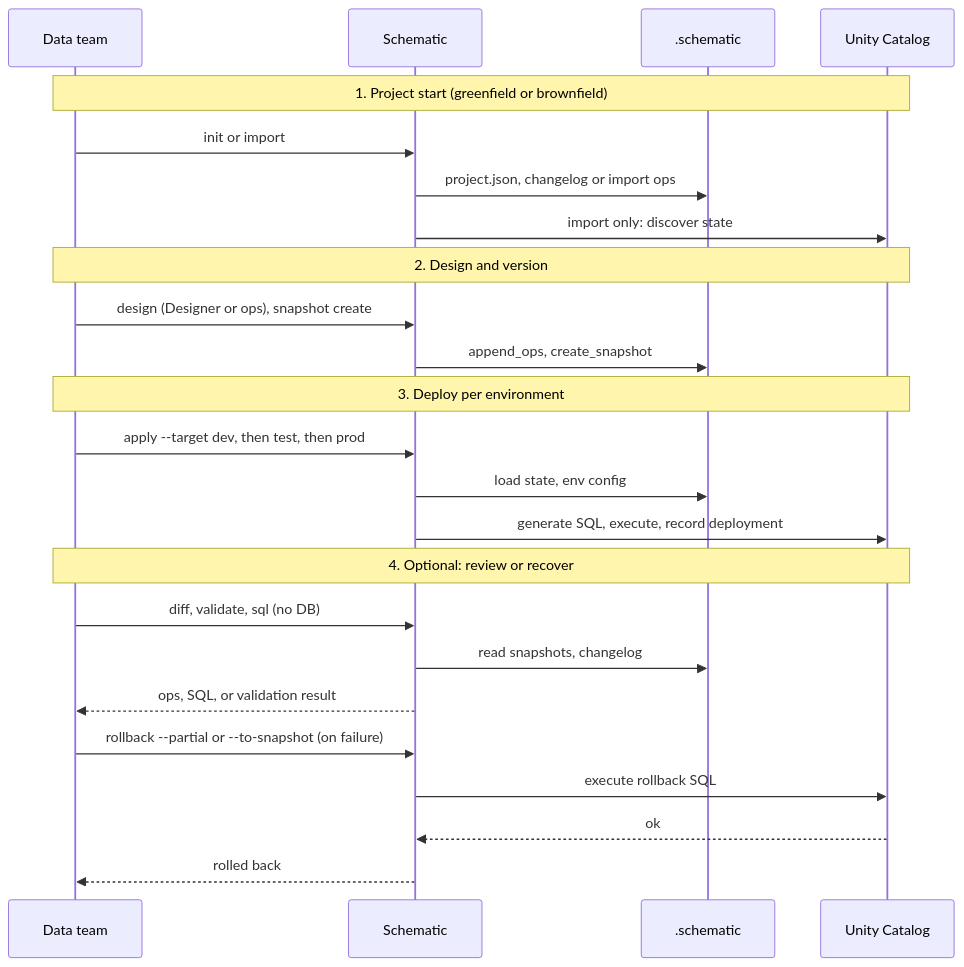
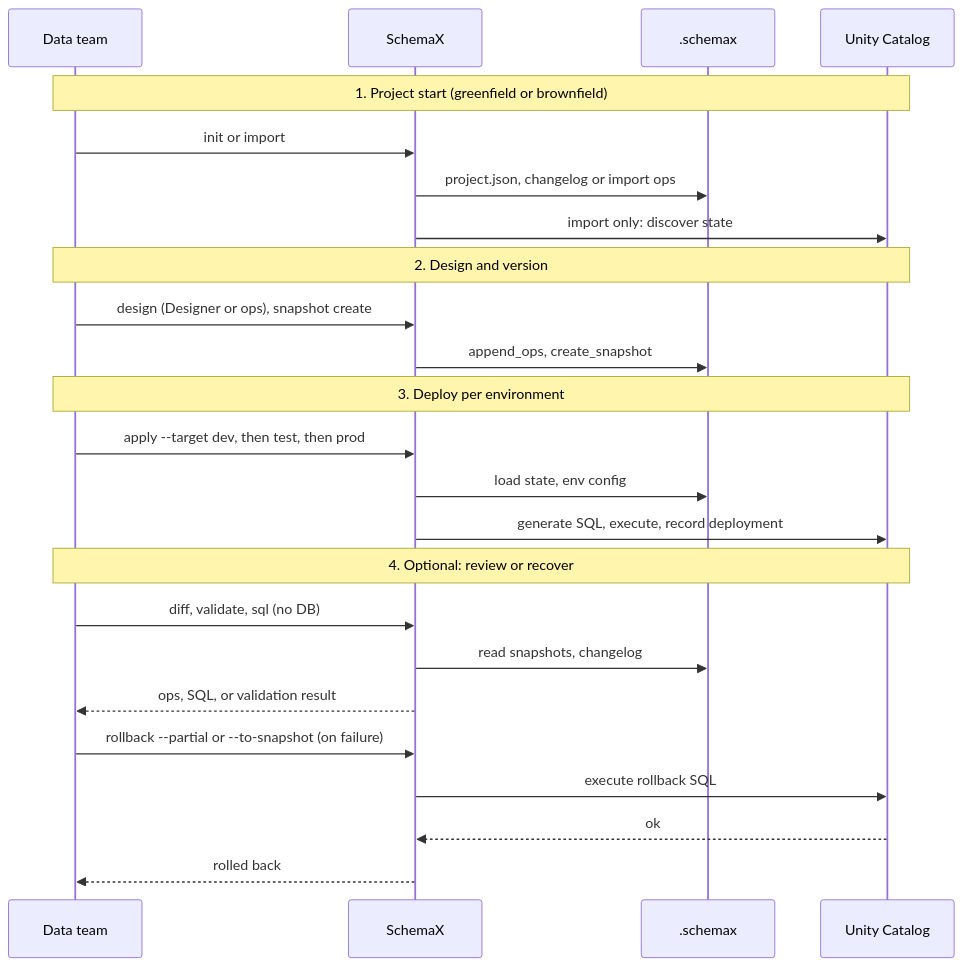
Before and after one commit to vb-dbrks/schemax: the sixth of 6 diagrams in docs/WORKFLOWS.md, drawn with Mermaid. The commit also changed other lines of this file and 289 other files, not shown here.

First line of the commit message:
Rename schemax (#100)

````diff
--- a/docs/WORKFLOWS.md
+++ b/docs/WORKFLOWS.md
@@ -337,30 +337,30 @@
 ```mermaid
 sequenceDiagram
   participant Team as Data team
-  participant Schematic as Schematic
-  participant Storage as .schematic
+  participant SchemaX as SchemaX
+  participant Storage as .schemax
   participant Catalog as Unity Catalog
 
   Note over Team,Catalog: 1. Project start (greenfield or brownfield)
-  Team->>Schematic: init or import
-  Schematic->>Storage: project.json, changelog or import ops
-  Schematic->>Catalog: import only: discover state
+  Team->>SchemaX: init or import
+  SchemaX->>Storage: project.json, changelog or import ops
+  SchemaX->>Catalog: import only: discover state
 
   Note over Team,Catalog: 2. Design and version
-  Team->>Schematic: design (Designer or ops), snapshot create
-  Schematic->>Storage: append_ops, create_snapshot
+  Team->>SchemaX: design (Designer or ops), snapshot create
+  SchemaX->>Storage: append_ops, create_snapshot
 
   Note over Team,Catalog: 3. Deploy per environment
-  Team->>Schematic: apply --target dev, then test, then prod
-  Schematic->>Storage: load state, env config
-  Schematic->>Catalog: generate SQL, execute, record deployment
+  Team->>SchemaX: apply --target dev, then test, then prod
+  SchemaX->>Storage: load state, env config
+  SchemaX->>Catalog: generate SQL, execute, record deployment
 
   Note over Team,Catalog: 4. Optional: review or recover
-  Team->>Schematic: diff, validate, sql (no DB)
-  Schematic->>Storage: read snapshots, changelog
-  Schematic-->>Team: ops, SQL, or validation result
-  Team->>Schematic: rollback --partial or --to-snapshot (on failure)
-  Schematic->>Catalog: execute rollback SQL
-  Catalog-->>Schematic: ok
-  Schematic-->>Team: rolled back
+  Team->>SchemaX: diff, validate, sql (no DB)
+  SchemaX->>Storage: read snapshots, changelog
+  SchemaX-->>Team: ops, SQL, or validation result
+  Team->>SchemaX: rollback --partial or --to-snapshot (on failure)
+  SchemaX->>Catalog: execute rollback SQL
+  Catalog-->>SchemaX: ok
+  SchemaX-->>Team: rolled back
 ```
````
